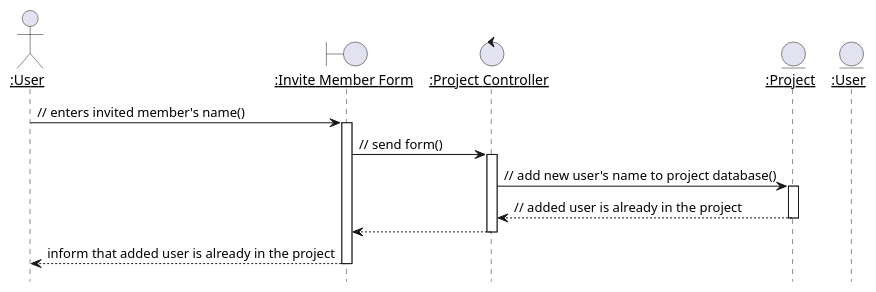
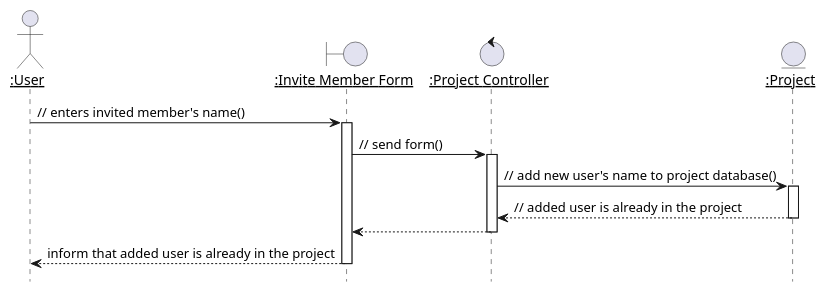
One commit to Huy-Ngo/acanban changed the diagram in docs/source/meth/uc-anal-design/uml/p-member-add-exist-name.puml. Above: the diagram before and after it, drawn with PlantUML. The commit also changed 3 other files, not shown here.

Commit message:
[Doc] Correct invite member sequence diagrams

```diff
--- a/docs/source/meth/uc-anal-design/uml/p-member-add-exist-name.puml
+++ b/docs/source/meth/uc-anal-design/uml/p-member-add-exist-name.puml
@@ -1,17 +1,16 @@
 @startuml
 hide footbox
 autoactivate on
 skinparam sequenceParticipant underline
 actor ":User" as usr
 boundary ":Invite Member Form" as form
 control ":Project Controller" as ctl
 entity ":Project" as db_prj
-entity ":User" as db_usr
 
 usr -> form : // enters invited member's name()
 form -> ctl : // send form()
 ctl -> db_prj : // add new user's name to project database()
 ctl <-- db_prj : // added user is already in the project
 form <-- ctl
 usr <-- form : inform that added user is already in the project
 @enduml
```
